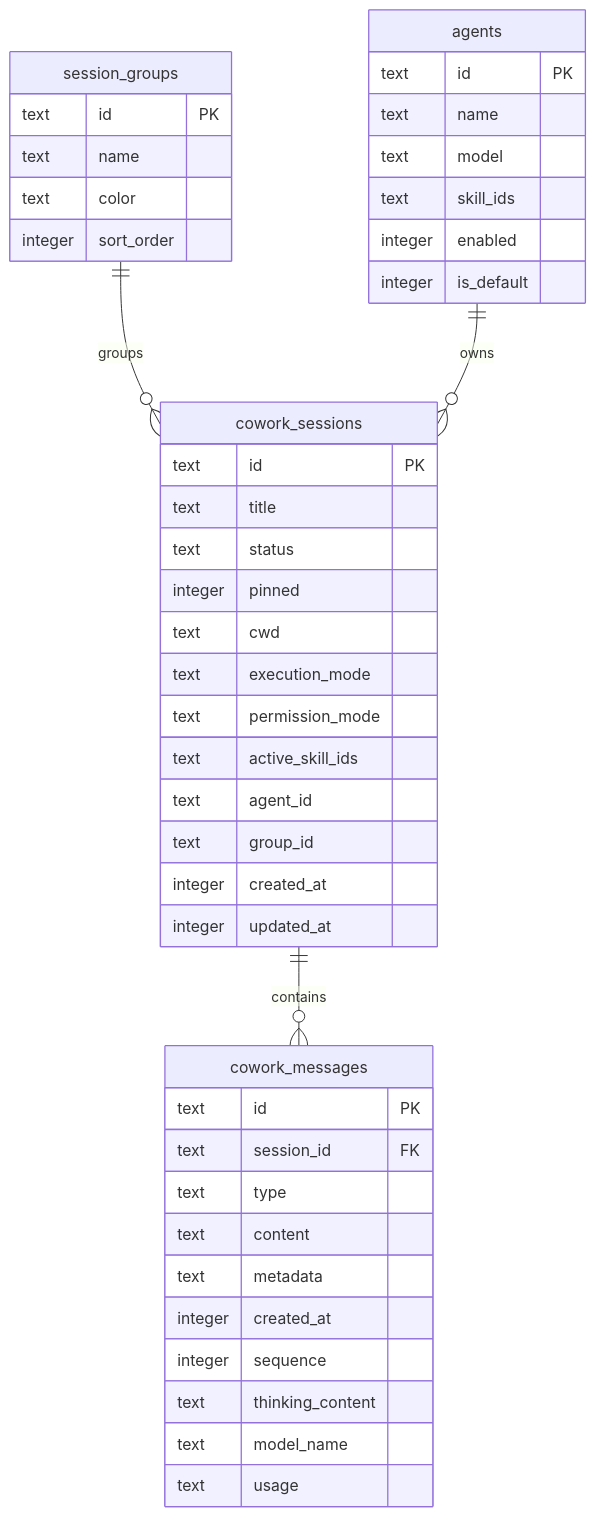
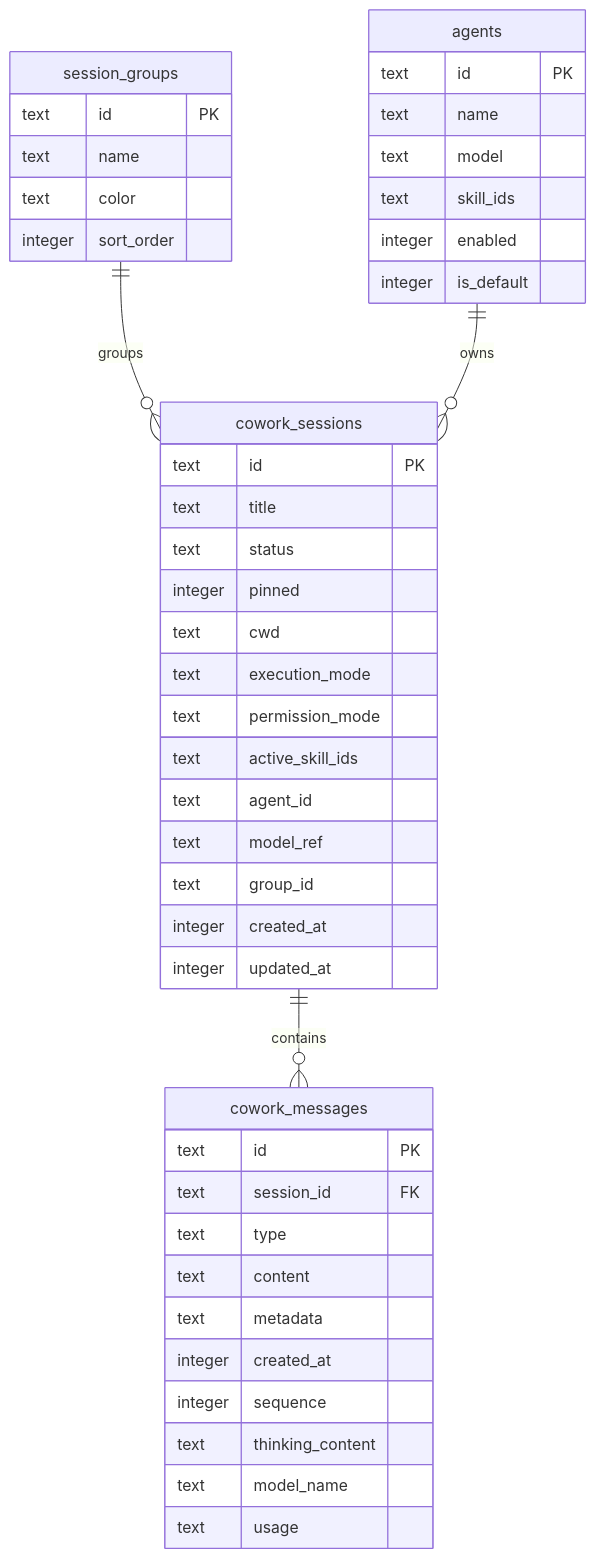
The second of 2 diagrams in docs/architecture/10-data-storage.md (liangxhao/JustDo), drawn with Mermaid before and after one commit. The commit also changed other lines of this file and 35 other files, not shown here.

````diff
--- a/docs/architecture/10-data-storage.md
+++ b/docs/architecture/10-data-storage.md
@@ -69,50 +69,51 @@
 ```mermaid
 erDiagram
   cowork_sessions ||--o{ cowork_messages : contains
   session_groups ||--o{ cowork_sessions : groups
   agents ||--o{ cowork_sessions : owns
 
   cowork_sessions {
     text id PK
     text title
     text status
     integer pinned
     text cwd
     text execution_mode
     text permission_mode
     text active_skill_ids
     text agent_id
+    text model_ref
     text group_id
     integer created_at
     integer updated_at
   }
 
   cowork_messages {
     text id PK
     text session_id FK
     text type
     text content
     text metadata
     integer created_at
     integer sequence
     text thinking_content
     text model_name
     text usage
   }
 
   agents {
     text id PK
     text name
     text model
     text skill_ids
     integer enabled
     integer is_default
   }
 
   session_groups {
     text id PK
     text name
     text color
     integer sort_order
   }
 ```
````
